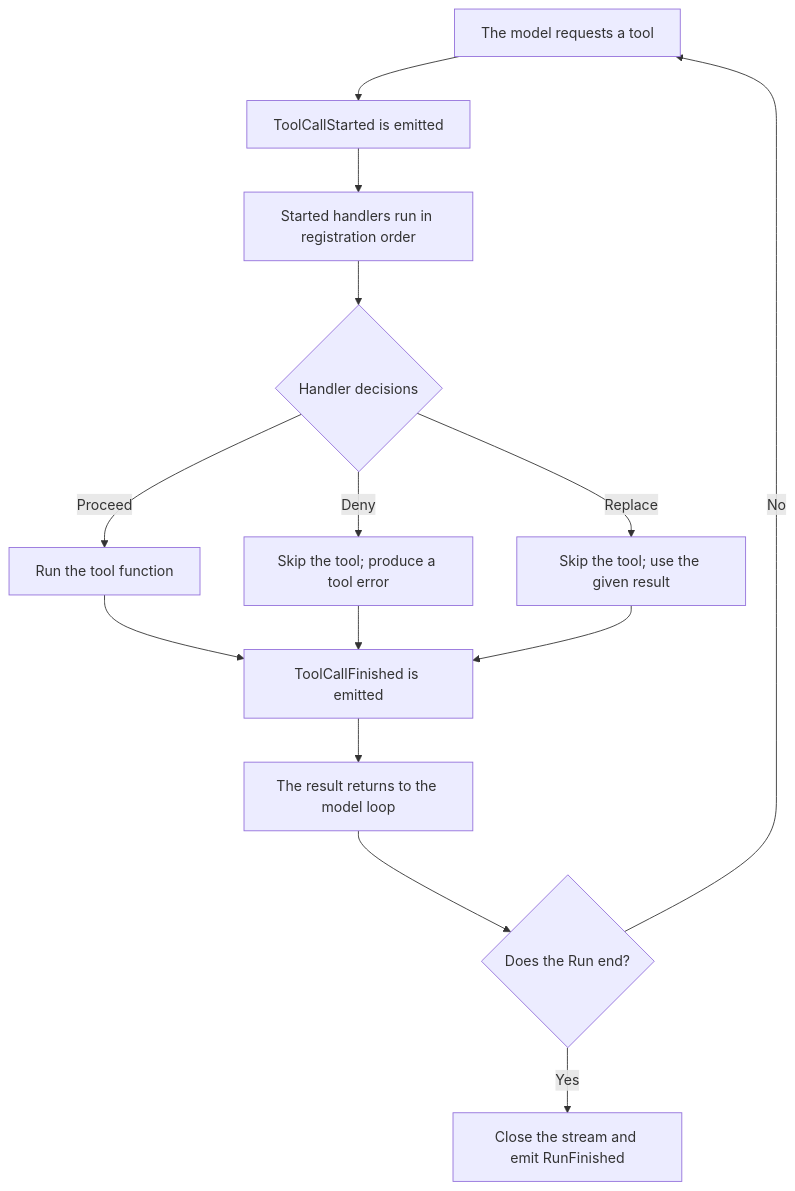
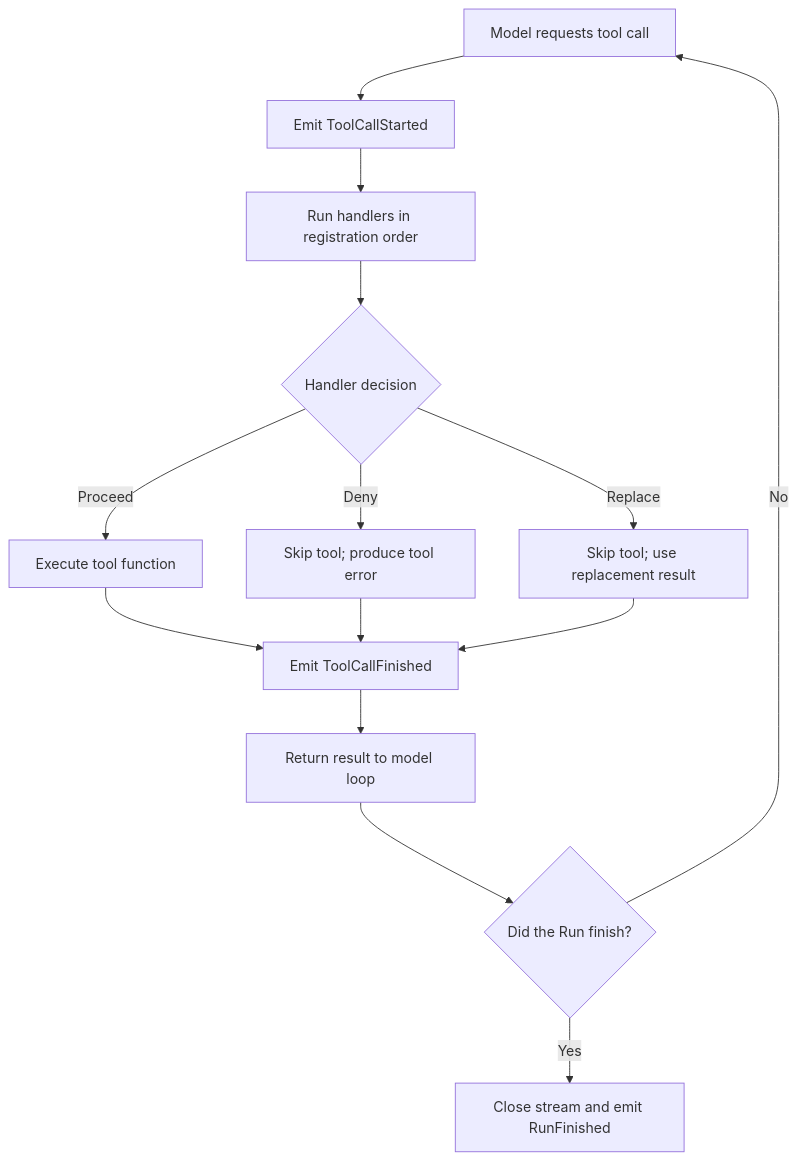
One commit to bubbuild/bub changed the diagram in website/src/content/docs/docs/sdk/events.mdx. Above: the diagram before and after it, drawn with Mermaid. The commit also changed other lines of this file and 74 other files, not shown here.

````diff
--- a/website/src/content/docs/docs/sdk/events.mdx
+++ b/website/src/content/docs/docs/sdk/events.mdx
@@ -83,17 +75,16 @@
 ```mermaid
 flowchart TD
-    A[The model requests a tool] --> B[ToolCallStarted is emitted]
-    B --> C[Started handlers run in registration order]
-    C --> D{Handler decisions}
-    D -->|Proceed| E[Run the tool function]
-    D -->|Deny| F[Skip the tool; produce a tool error]
-    D -->|Replace| G[Skip the tool; use the given result]
-    E --> H[ToolCallFinished is emitted]
+    A[Model requests tool call] --> B[Emit ToolCallStarted]
+    B --> C[Run handlers in registration order]
+    C --> D{Handler decision}
+    D -->|Proceed| E[Execute tool function]
+    D -->|Deny| F[Skip tool; produce tool error]
+    D -->|Replace| G[Skip tool; use replacement result]
+    E --> H[Emit ToolCallFinished]
     F --> H
     G --> H
-    H --> I[The result returns to the model loop]
-    I --> J{Does the Run end?}
+    H --> I[Return result to model loop]
+    I --> J{Did the Run finish?}
     J -->|No| A
-    J -->|Yes| K[Close the stream and emit RunFinished]
-
+    J -->|Yes| K[Close stream and emit RunFinished]
 ```
````
